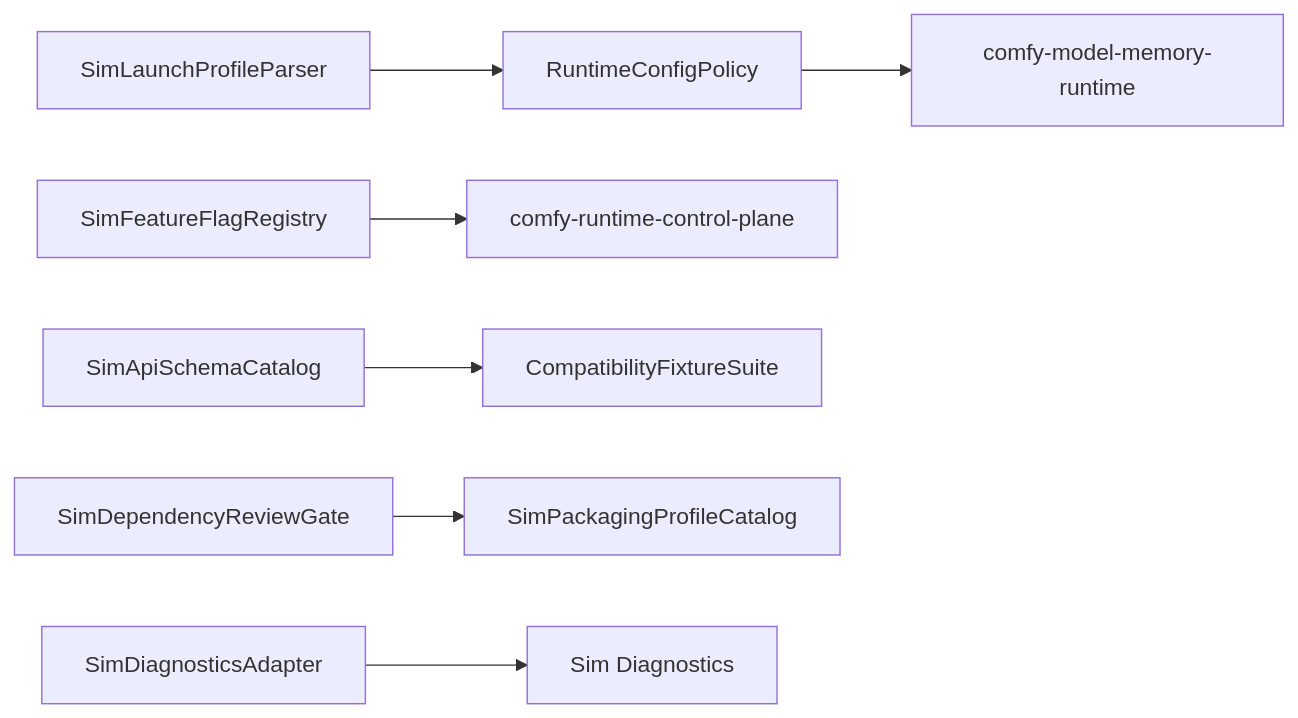
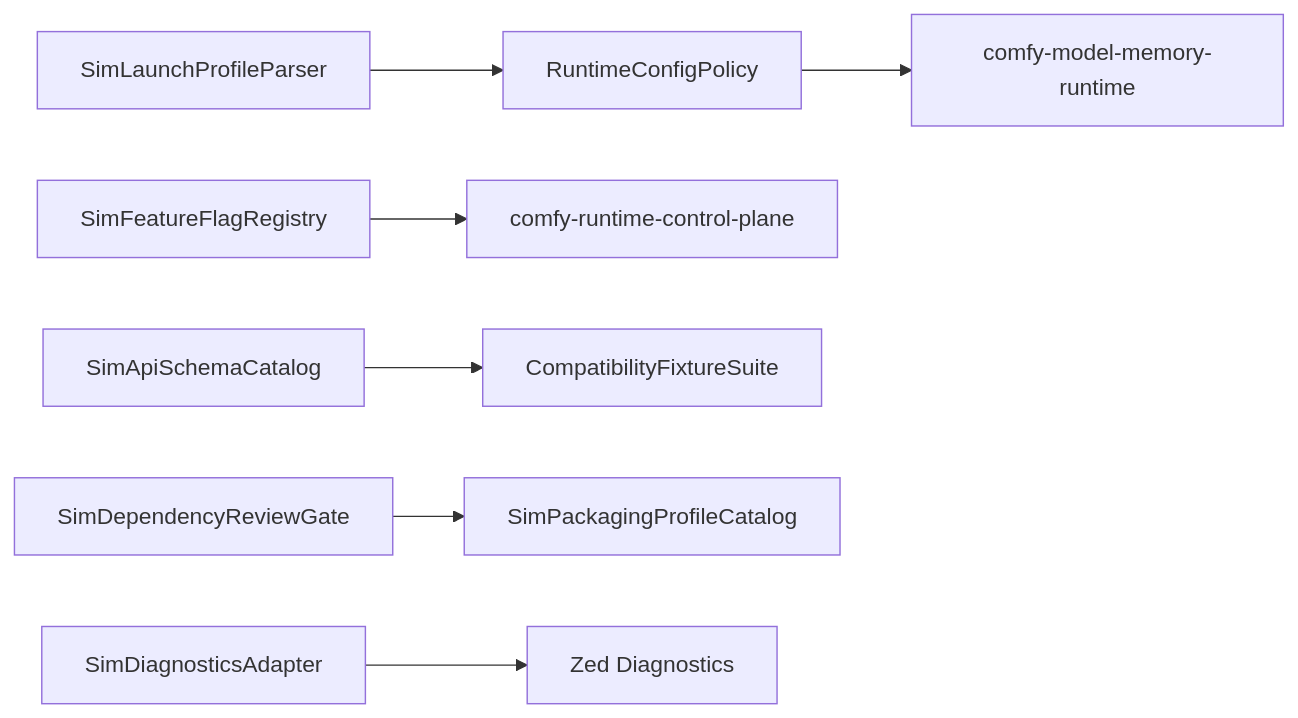
Before and after one commit to imagineerings/xor: the diagram in .agents/specs/godot-migration/comfy-packaging-quality/design.md, drawn with Mermaid. The commit also changed other lines of this file and 2547 other files, not shown here.

````diff
--- a/.agents/specs/godot-migration/comfy-packaging-quality/design.md
+++ b/.agents/specs/godot-migration/comfy-packaging-quality/design.md
@@ -9,9 +9,9 @@
 ```mermaid
 flowchart LR
     Config[SimLaunchProfileParser] --> Policy[RuntimeConfigPolicy]
     Policy --> Model[comfy-model-memory-runtime]
     Flags[SimFeatureFlagRegistry] --> Runtime[comfy-runtime-control-plane]
     Schema[SimApiSchemaCatalog] --> Tests[CompatibilityFixtureSuite]
     Deps[SimDependencyReviewGate] --> Packaging[SimPackagingProfileCatalog]
-    Logs[SimDiagnosticsAdapter] --> SimDiag[Sim Diagnostics]
+    Logs[SimDiagnosticsAdapter] --> SimDiag[Zed Diagnostics]
 ```
````
